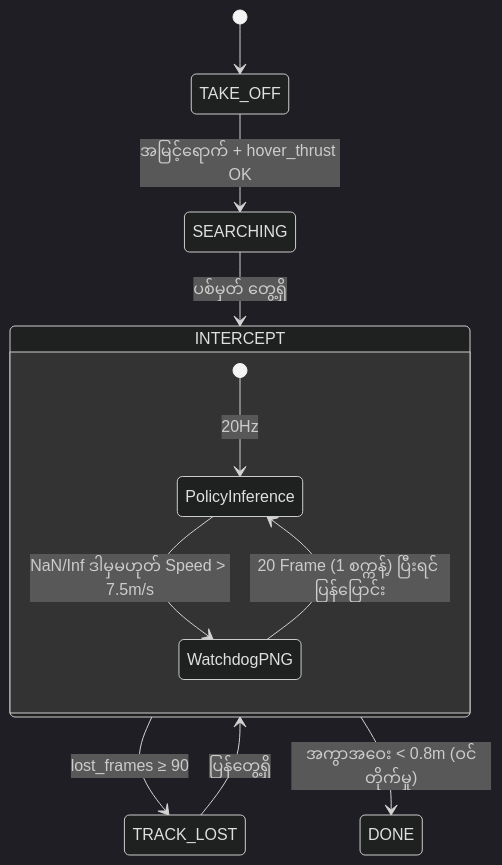
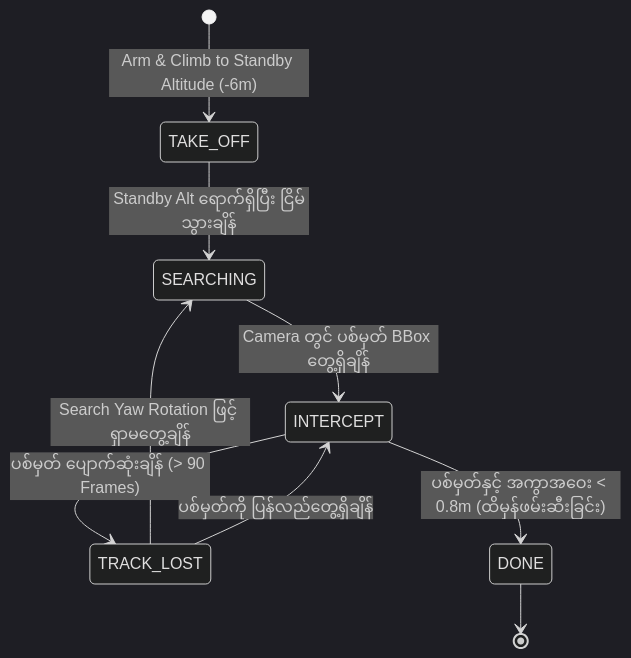
The fourth of 5 diagrams in analysis_myanmar.md (ROM-robotics/Autonomous-Intercept-Drone), drawn with Mermaid (dark theme) before and after one commit. The commit also changed other lines of this file and 4 other files, not shown here.

````diff
--- a/analysis_myanmar.md
+++ b/analysis_myanmar.md
@@ -220,15 +149,11 @@
 ```mermaid
 stateDiagram-v2
-    [*] --> TAKE_OFF
-    TAKE_OFF --> SEARCHING : အမြင့်ရောက် + hover_thrust OK
-    SEARCHING --> INTERCEPT : ပစ်မှတ် တွေ့ရှိ
-    INTERCEPT --> TRACK_LOST : lost_frames ≥ 90
-    TRACK_LOST --> INTERCEPT : ပြန်တွေ့ရှိ
-    INTERCEPT --> DONE : အကွာအဝေး < 0.8m (ဝင်တိုက်မှု)
-
-    state INTERCEPT {
-        [*] --> PolicyInference : 20Hz
-        PolicyInference --> WatchdogPNG : NaN/Inf ဒါမှမဟုတ် Speed > 7.5m/s
-        WatchdogPNG --> PolicyInference : 20 Frame (1 စက္ကန့်) ပြီးရင် ပြန်ပြောင်း
-    }
+    [*] --> TAKE_OFF: Arm & Climb to Standby Altitude (-6m)
+    TAKE_OFF --> SEARCHING: Standby Alt ရောက်ရှိပြီး ငြိမ်သွားချိန်
+    SEARCHING --> INTERCEPT: Camera တွင် ပစ်မှတ် BBox တွေ့ရှိချိန်
+    INTERCEPT --> TRACK_LOST: ပစ်မှတ် ပျောက်ဆုံးချိန် (> 90 Frames)
+    TRACK_LOST --> SEARCHING: Search Yaw Rotation ဖြင့် ရှာမတွေ့ချိန်
+    TRACK_LOST --> INTERCEPT: ပစ်မှတ်ကို ပြန်လည်တွေ့ရှိချိန်
+    INTERCEPT --> DONE: ပစ်မှတ်နှင့် အကွာအဝေး < 0.8m (ထိမှန်ဖမ်းဆီးခြင်း)
+    DONE --> [*]
 ```
````
